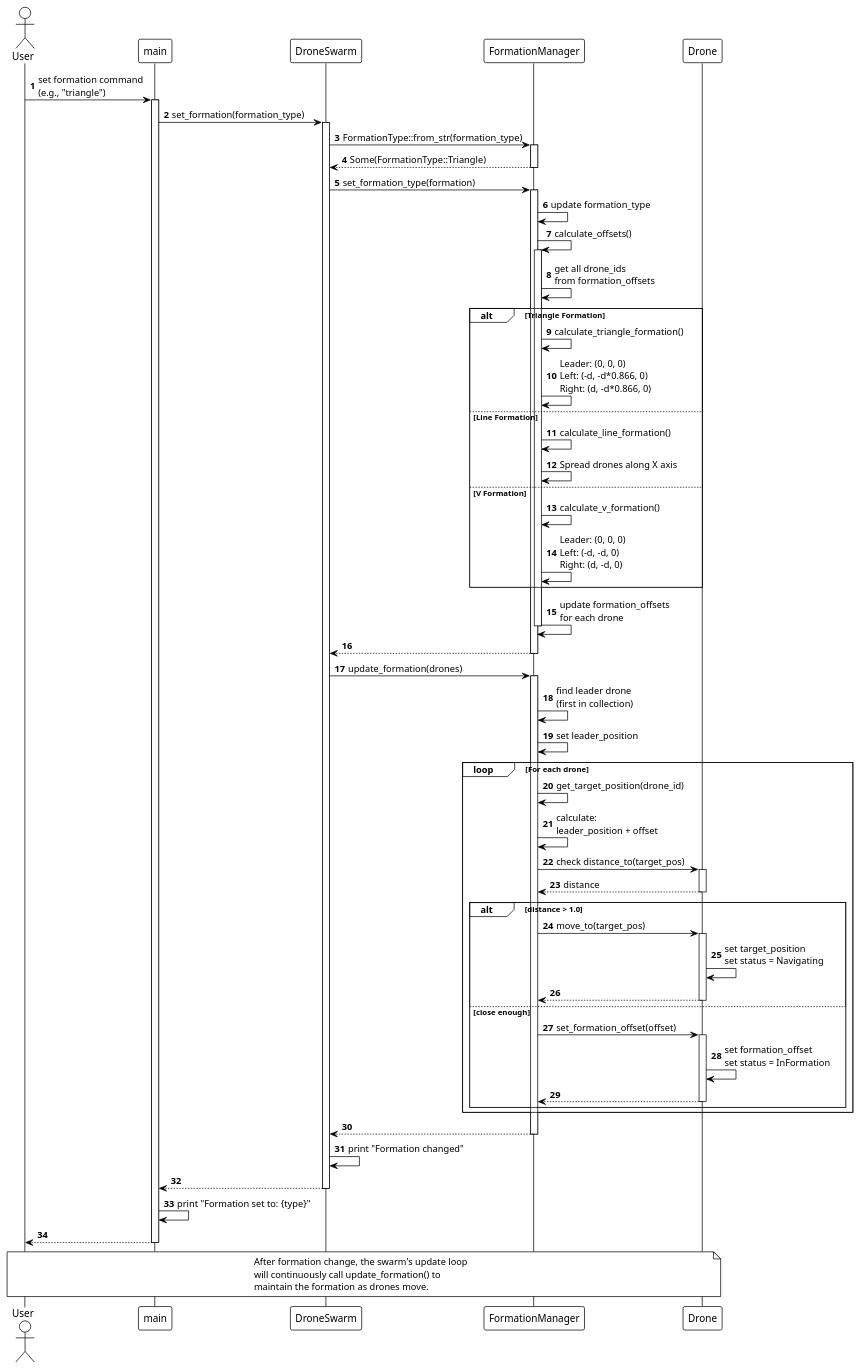
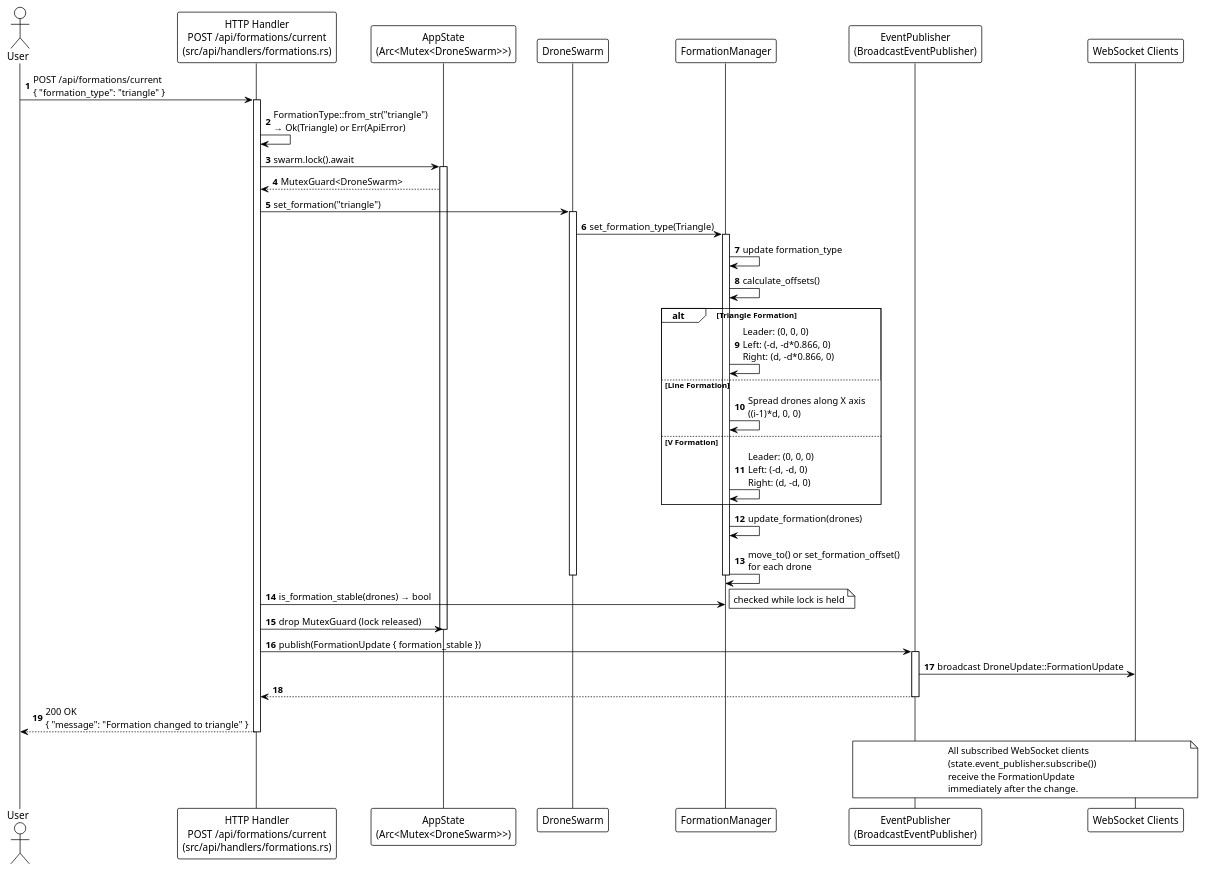
Before and after one commit to xwarzee/uav_in_rust: the diagram in doc/software/sequence_formation_change.puml, drawn with PlantUML. The commit also changed 15 other files, not shown here.

Commit message:
update soft architecture with images with ports/adapters

```diff
--- a/doc/software/sequence_formation_change.puml
+++ b/doc/software/sequence_formation_change.puml
@@ -1,95 +1,67 @@
 @startuml Formation Change Sequence
 !theme plain
 autonumber
 
 actor User
-participant "main" as Main
+participant "HTTP Handler\nPOST /api/formations/current\n(src/api/handlers/formations.rs)" as Handler
+participant "AppState\n(Arc<Mutex<DroneSwarm>>)" as State
 participant "DroneSwarm" as Swarm
 participant "FormationManager" as FormMgr
-participant "Drone" as Drone
+participant "EventPublisher\n(BroadcastEventPublisher)" as EP
+participant "WebSocket Clients" as WS
 
-User -> Main: set formation command\n(e.g., "triangle")
-activate Main
+User -> Handler: POST /api/formations/current\n{ "formation_type": "triangle" }
+activate Handler
 
-Main -> Swarm: set_formation(formation_type)
+Handler -> Handler: FormationType::from_str("triangle")\n→ Ok(Triangle) or Err(ApiError)
+
+Handler -> State: swarm.lock().await
+activate State
+State --> Handler: MutexGuard<DroneSwarm>
+
+Handler -> Swarm: set_formation("triangle")
 activate Swarm
 
-Swarm -> FormMgr: FormationType::from_str(formation_type)
-activate FormMgr
-FormMgr --> Swarm: Some(FormationType::Triangle)
-deactivate FormMgr
-
-Swarm -> FormMgr: set_formation_type(formation)
+Swarm -> FormMgr: set_formation_type(Triangle)
 activate FormMgr
 
 FormMgr -> FormMgr: update formation_type
 FormMgr -> FormMgr: calculate_offsets()
-activate FormMgr
-
-FormMgr -> FormMgr: get all drone_ids\nfrom formation_offsets
 
 alt Triangle Formation
-  FormMgr -> FormMgr: calculate_triangle_formation()
   FormMgr -> FormMgr: Leader: (0, 0, 0)\nLeft: (-d, -d*0.866, 0)\nRight: (d, -d*0.866, 0)
 else Line Formation
-  FormMgr -> FormMgr: calculate_line_formation()
-  FormMgr -> FormMgr: Spread drones along X axis
+  FormMgr -> FormMgr: Spread drones along X axis\n((i-1)*d, 0, 0)
 else V Formation
-  FormMgr -> FormMgr: calculate_v_formation()
   FormMgr -> FormMgr: Leader: (0, 0, 0)\nLeft: (-d, -d, 0)\nRight: (d, -d, 0)
 end
 
-FormMgr -> FormMgr: update formation_offsets\nfor each drone
+FormMgr -> FormMgr: update_formation(drones)
+FormMgr -> FormMgr: move_to() or set_formation_offset()\nfor each drone
+
 deactivate FormMgr
-
-FormMgr --> Swarm:
-deactivate FormMgr
-
-Swarm -> FormMgr: update_formation(drones)
-activate FormMgr
-
-FormMgr -> FormMgr: find leader drone\n(first in collection)
-FormMgr -> FormMgr: set leader_position
-
-loop For each drone
-  FormMgr -> FormMgr: get_target_position(drone_id)
-  FormMgr -> FormMgr: calculate:\nleader_position + offset
-
-  FormMgr -> Drone: check distance_to(target_pos)
-  activate Drone
-  Drone --> FormMgr: distance
-  deactivate Drone
-
-  alt distance > 1.0
-    FormMgr -> Drone: move_to(target_pos)
-    activate Drone
-    Drone -> Drone: set target_position\nset status = Navigating
-    Drone --> FormMgr:
-    deactivate Drone
-  else close enough
-    FormMgr -> Drone: set_formation_offset(offset)
-    activate Drone
-    Drone -> Drone: set formation_offset\nset status = InFormation
-    Drone --> FormMgr:
-    deactivate Drone
-  end
-end
-
-FormMgr --> Swarm:
-deactivate FormMgr
-
-Swarm -> Swarm: print "Formation changed"
-Swarm --> Main:
 deactivate Swarm
 
-Main -> Main: print "Formation set to: {type}"
-Main --> User:
-deactivate Main
+Handler -> FormMgr: is_formation_stable(drones) → bool
+note right: checked while lock is held
 
-note over User, Drone
-  After formation change, the swarm's update loop
-  will continuously call update_formation() to
-  maintain the formation as drones move.
+Handler -> State: drop MutexGuard (lock released)
+deactivate State
+
+Handler -> EP: publish(FormationUpdate { formation_stable })
+activate EP
+EP -> WS: broadcast DroneUpdate::FormationUpdate
+EP --> Handler:
+deactivate EP
+
+Handler --> User: 200 OK\n{ "message": "Formation changed to triangle" }
+deactivate Handler
+
+note over EP, WS
+  All subscribed WebSocket clients
+  (state.event_publisher.subscribe())
+  receive the FormationUpdate
+  immediately after the change.
 end note
 
 @enduml
```
